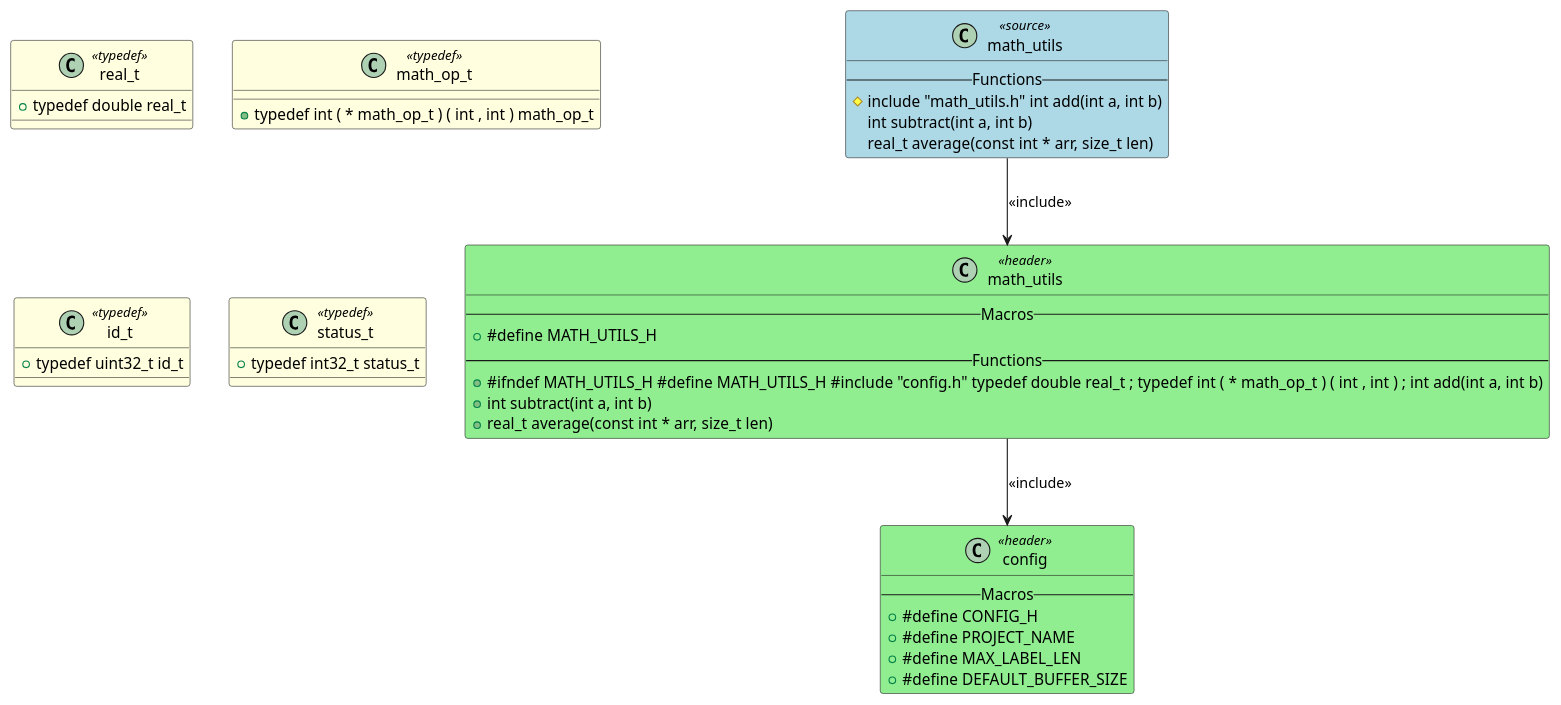
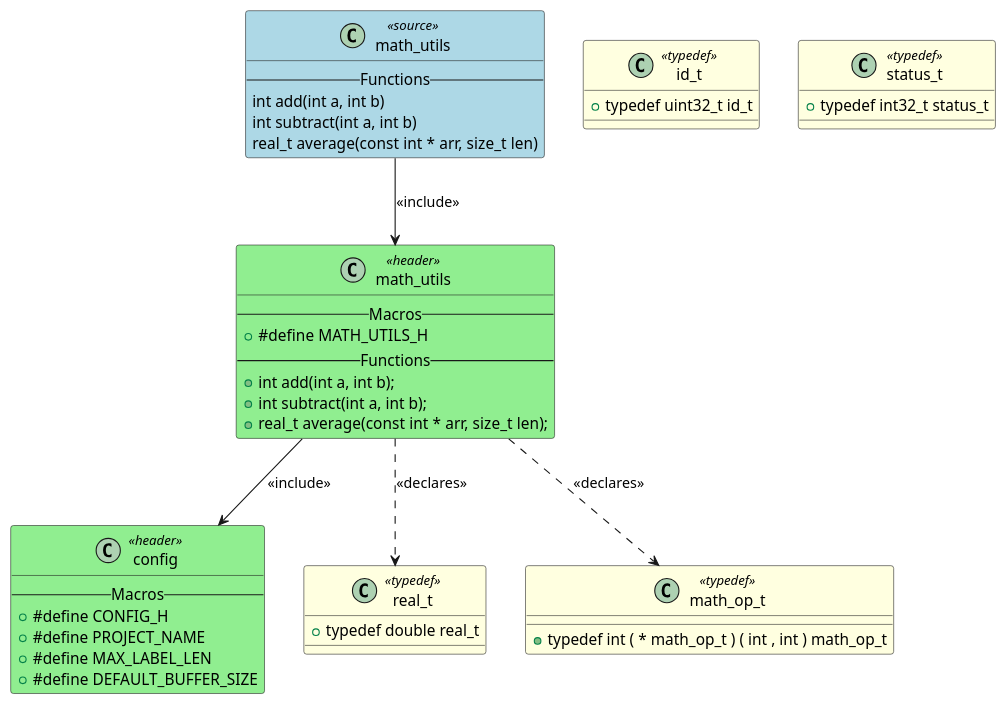
One commit to fischerjooo/c2puml changed the diagram in output/math_utils.puml. Above: the diagram before and after it, drawn with PlantUML. The commit also changed 17 other files, not shown here.

```diff
--- a/output/math_utils.puml
+++ b/output/math_utils.puml
@@ -1,53 +1,53 @@
 @startuml math_utils
 
 class "math_utils" as MATH_UTILS <<source>> #LightBlue
 {
     -- Functions --
-    #include "math_utils.h" int add(int a, int b)
+    int add(int a, int b)
     int subtract(int a, int b)
     real_t average(const int * arr, size_t len)
 }
 
 class "math_utils" as HEADER_MATH_UTILS <<header>> #LightGreen
 {
     -- Macros --
     + #define MATH_UTILS_H
     -- Functions --
-    + #ifndef MATH_UTILS_H #define MATH_UTILS_H #include "config.h" typedef double real_t ; typedef int ( * math_op_t ) ( int , int ) ; int add(int a, int b)
-    + int subtract(int a, int b)
-    + real_t average(const int * arr, size_t len)
+    + int add(int a, int b);
+    + int subtract(int a, int b);
+    + real_t average(const int * arr, size_t len);
 }
-
 class "config" as HEADER_CONFIG <<header>> #LightGreen
 {
     -- Macros --
     + #define CONFIG_H
     + #define PROJECT_NAME
     + #define MAX_LABEL_LEN
     + #define DEFAULT_BUFFER_SIZE
 }
-
 class "real_t" as TYPEDEF_REAL_T <<typedef>> #LightYellow
 {
     + typedef double real_t
 }
 
 class "math_op_t" as TYPEDEF_MATH_OP_T <<typedef>> #LightYellow
 {
     + typedef int ( * math_op_t ) ( int , int ) math_op_t
 }
 
 class "id_t" as TYPEDEF_ID_T <<typedef>> #LightYellow
 {
     + typedef uint32_t id_t
 }
 
 class "status_t" as TYPEDEF_STATUS_T <<typedef>> #LightYellow
 {
     + typedef int32_t status_t
 }
 
 MATH_UTILS --> HEADER_MATH_UTILS : <<include>>
 HEADER_MATH_UTILS --> HEADER_CONFIG : <<include>>
+HEADER_MATH_UTILS ..> TYPEDEF_REAL_T : <<declares>>
+HEADER_MATH_UTILS ..> TYPEDEF_MATH_OP_T : <<declares>>
 
 @enduml
```
